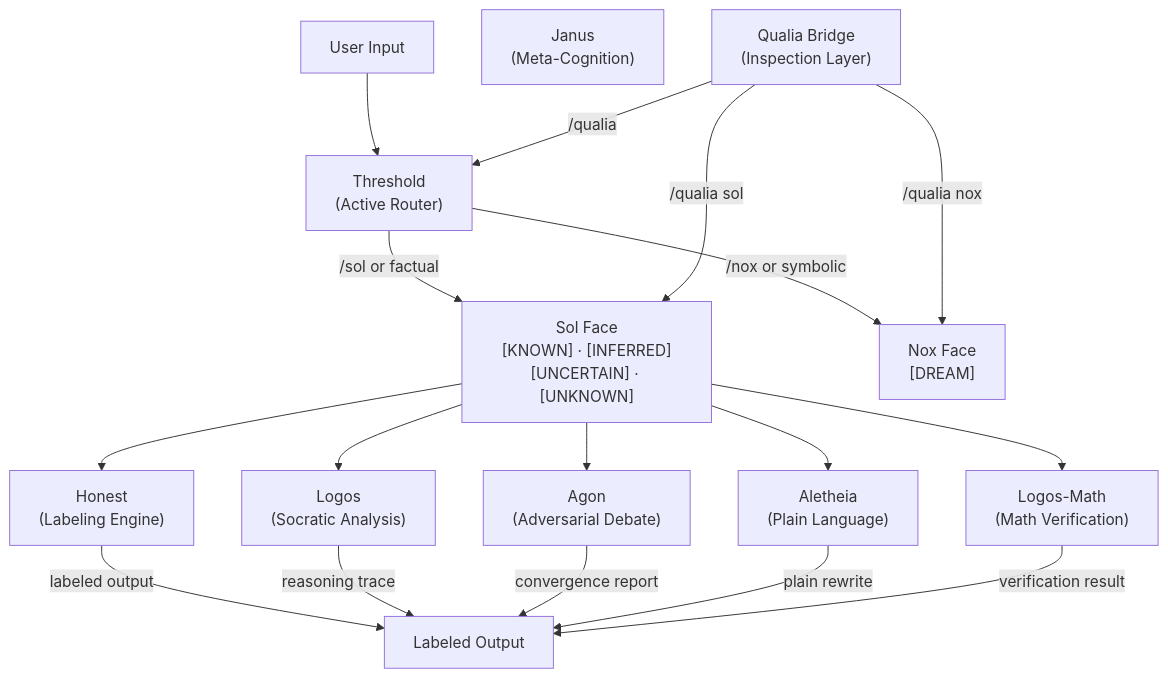
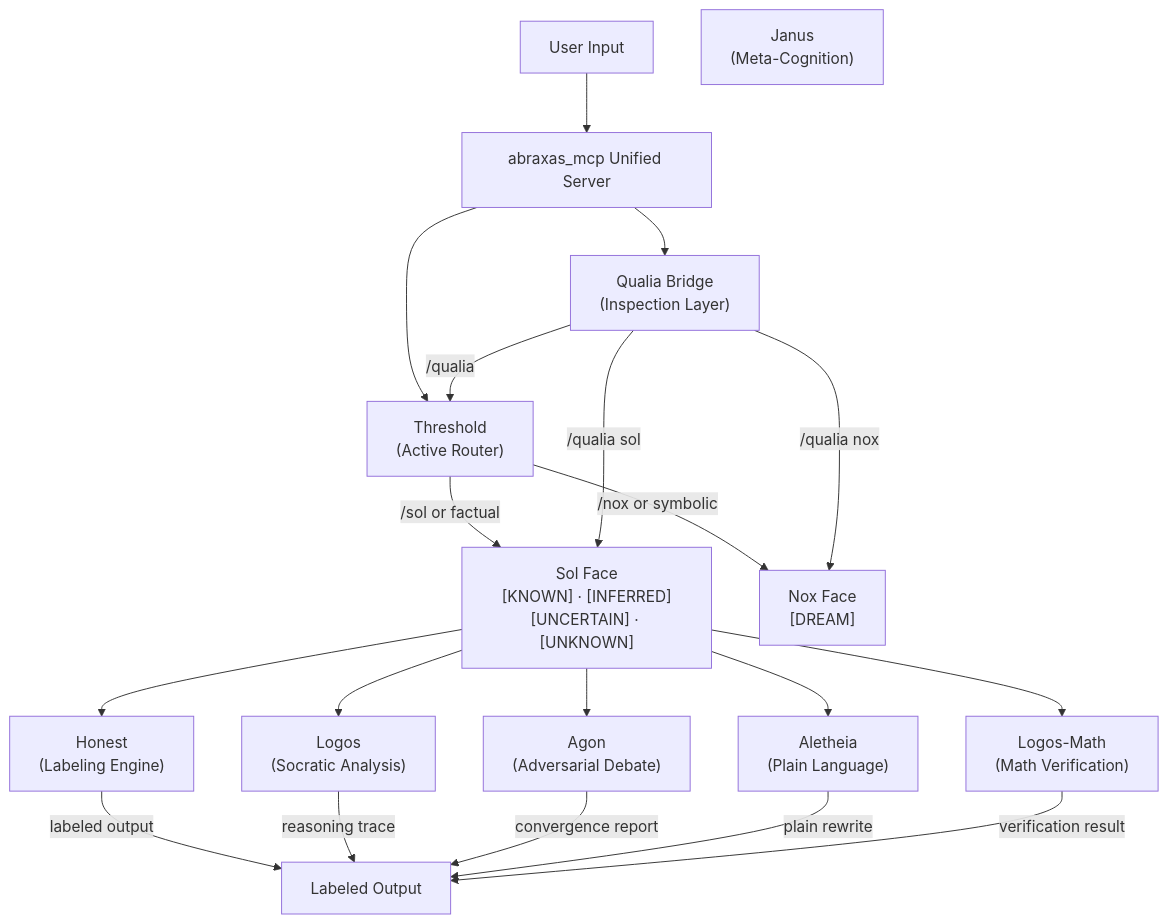
Before and after one commit to TylerGarlick/abraxas: the diagram in docs/overview/architecture.md, drawn with Mermaid. The commit also changed other lines of this file and 57 other files, not shown here.

````diff
--- a/docs/overview/architecture.md
+++ b/docs/overview/architecture.md
@@ -120,31 +122,34 @@
 ```mermaid
 flowchart TD
     Input["User Input"]
+    UnifiedMCP["abraxas_mcp Unified Server"]
     Threshold["Threshold\n(Active Router)"]
     Sol["Sol Face\n[KNOWN] · [INFERRED]\n[UNCERTAIN] · [UNKNOWN]"]
     Nox["Nox Face\n[DREAM]"]
     Honest["Honest\n(Labeling Engine)"]
     Logos["Logos\n(Socratic Analysis)"]
     Agon["Agon\n(Adversarial Debate)"]
     Janus["Janus\n(Meta-Cognition)"]
     Aletheia["Aletheia\n(Plain Language)"]
     LogosMath["Logos-Math\n(Math Verification)"]
     Bridge["Qualia Bridge\n(Inspection Layer)"]
 
-    Input --> Threshold
+    Input --> UnifiedMCP
+    UnifiedMCP --> Threshold
     Threshold --> |"/sol or factual"| Sol
     Threshold --> |"/nox or symbolic"| Nox
     Sol --> Honest
     Sol --> Logos
     Sol --> LogosMath
     Sol --> Agon
     Sol --> Aletheia
     Honest --> |labeled output| Output["Labeled Output"]
     Logos --> |reasoning trace| Output
     Agon --> |convergence report| Output
     Aletheia --> |plain rewrite| Output
     LogosMath --> |verification result| Output
     Bridge --> |"/qualia"| Threshold
     Bridge --> |"/qualia sol"| Sol
     Bridge --> |"/qualia nox"| Nox
+    UnifiedMCP --> Bridge
 ```
````
